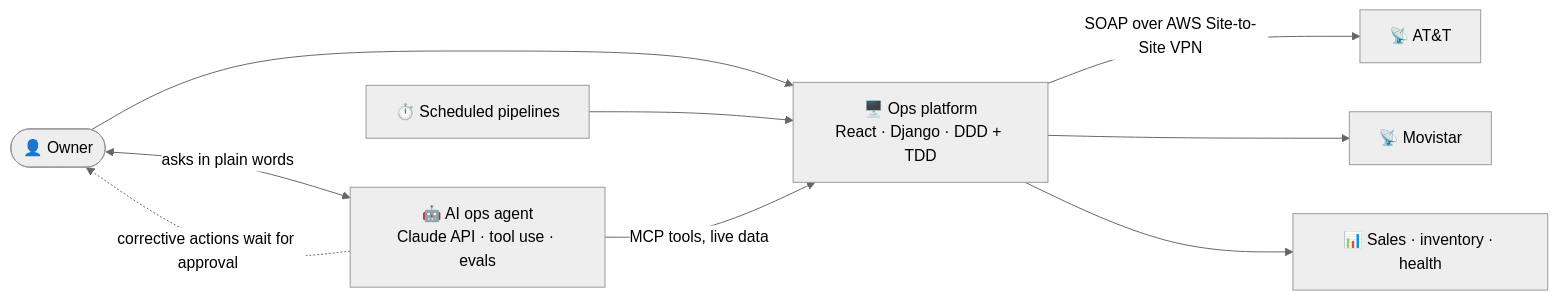
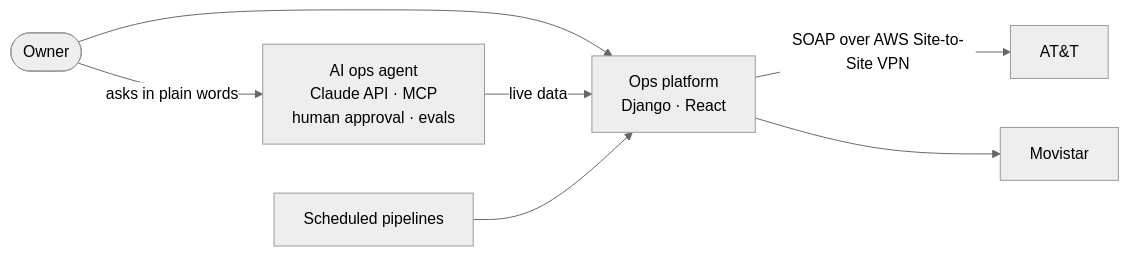
Before and after one commit to yeguacelestial/yeguacelestial: the first of 3 diagrams in README.md, drawn with Mermaid (neutral theme). The commit also changed other lines of this file and 10 other files, not shown here.

First line of the commit message:
Strip the profile README back to plain text and one real chart

````diff
--- a/README.md
+++ b/README.md
@@ -58,11 +46,9 @@
 ```mermaid
 flowchart LR
-  owner(["👤 Owner"]) --> app["🖥️ Ops platform<br/>React · Django · DDD + TDD"]
-  app -->|"SOAP over AWS Site-to-Site VPN"| att["📡 AT&T"]
-  app --> mov["📡 Movistar"]
-  jobs["⏱️ Scheduled pipelines"] --> app
-  app --> dash["📊 Sales · inventory · health"]
-  owner <-->|"asks in plain words"| agent["🤖 AI ops agent<br/>Claude API · tool use · evals"]
-  agent -->|"MCP tools, live data"| app
-  agent -.->|"corrective actions wait for approval"| owner
+  owner(["Owner"]) --> app["Ops platform<br/>Django · React"]
+  owner -->|"asks in plain words"| agent["AI ops agent<br/>Claude API · MCP<br/>human approval · evals"]
+  agent -->|"live data"| app
+  cron["Scheduled pipelines"] --> app
+  app -->|"SOAP over AWS Site-to-Site VPN"| att["AT&T"]
+  app --> mov["Movistar"]
 ```
````
